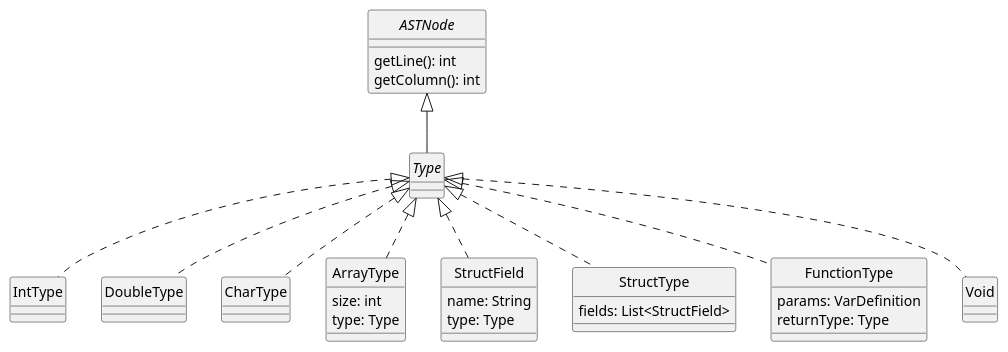
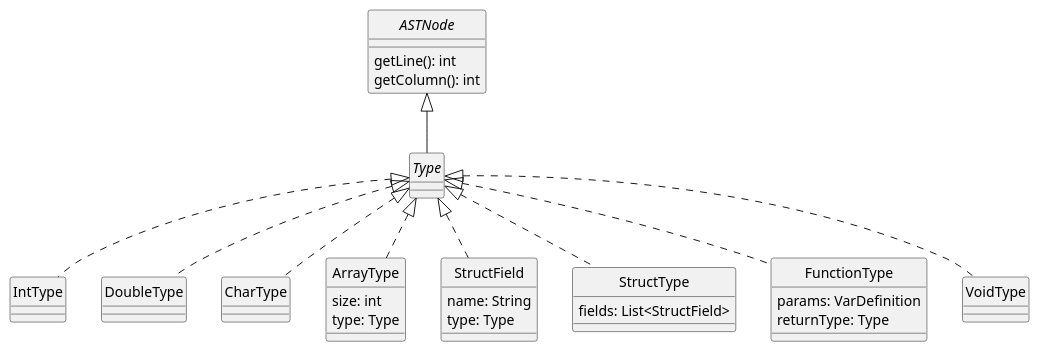
The diagram in docs/diagrams/types.plantuml (DavidGonzalezFernandez/dlp-compiler), drawn with PlantUML before and after one commit. The commit also changed 1 other file, not shown here.

```diff
--- a/docs/diagrams/types.plantuml
+++ b/docs/diagrams/types.plantuml
@@ -1,62 +1,62 @@
 @startuml Types
 skinparam style strictuml
 skinparam monochrome true
 
 interface ASTNode {
     getLine(): int
     getColumn(): int
 }
 
 interface Type
 
 ASTNode <|-- Type
 
 'Los tipos simples son: int, double, char
 Type <|.. IntType
 class IntType
 
 class DoubleType
 Type <|.. DoubleType
 
 class CharType
 Type <|.. CharType
 
 
 ' Los tipos complejos son Arrays y Structs
 
 /' Los arrays pueden ser creados usando [] para construir un tipo nuevo,
 debiendo especificar el tamaño del array, previo a su tipo, en su construcción '/
 class ArrayType {
     size: int
     type: Type
 }
 Type <|.. ArrayType
 
 
 class StructField {
     name: String
     type: Type
 }
 Type <|.. StructField
 
 
 ' Un registro se puede crear usando la palabra clave defstruct y definiendo una secuencia de variables
 class StructType {
     fields: List<StructField>   /'¿Por qué este tipo concreto?'/
 }
 Type <|.. StructType
 
 
 class FunctionType {
     params: VarDefinition
     returnType: Type    /'Sólo se devuelven tipos simples'/
 }
 Type <|.. FunctionType
 
 
 ' Las funciones tienen un tipo de retorno, pero pueden no devolver nada
 ' Se necesita el tipo Void
-class Void
-Type <|.. Void
+class VoidType
+Type <|.. VoidType
 
 @enduml
```
